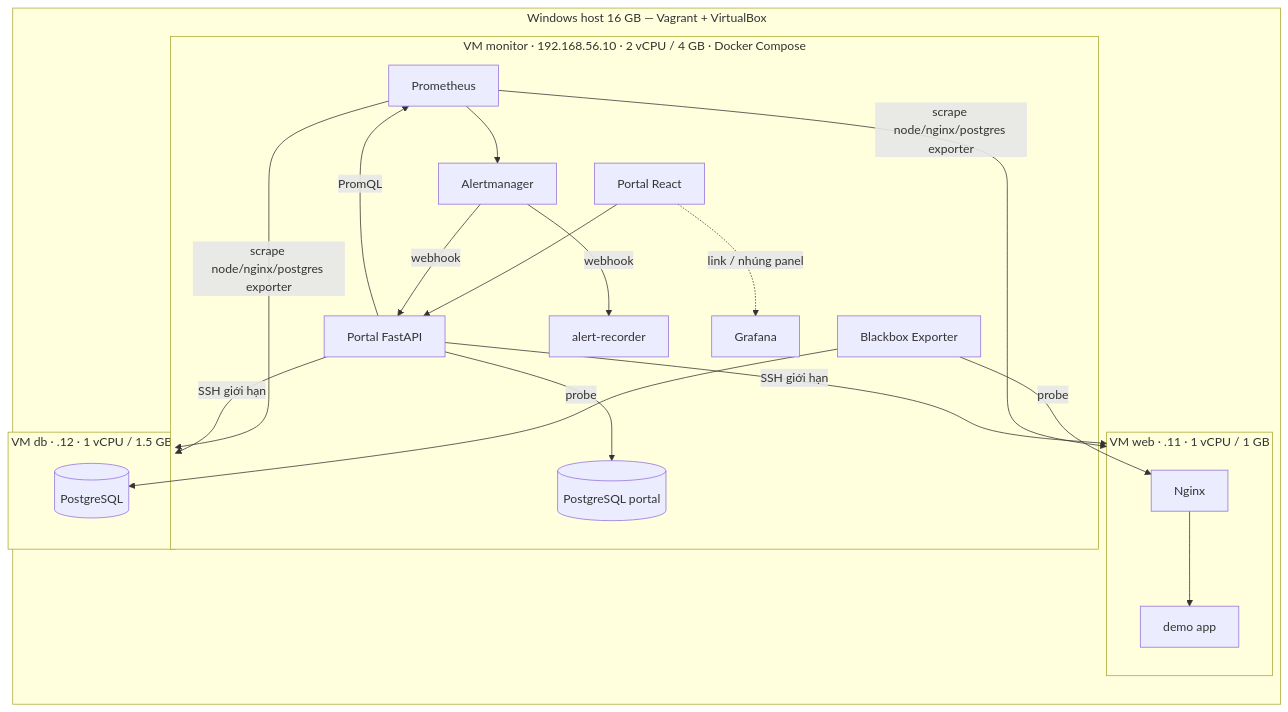
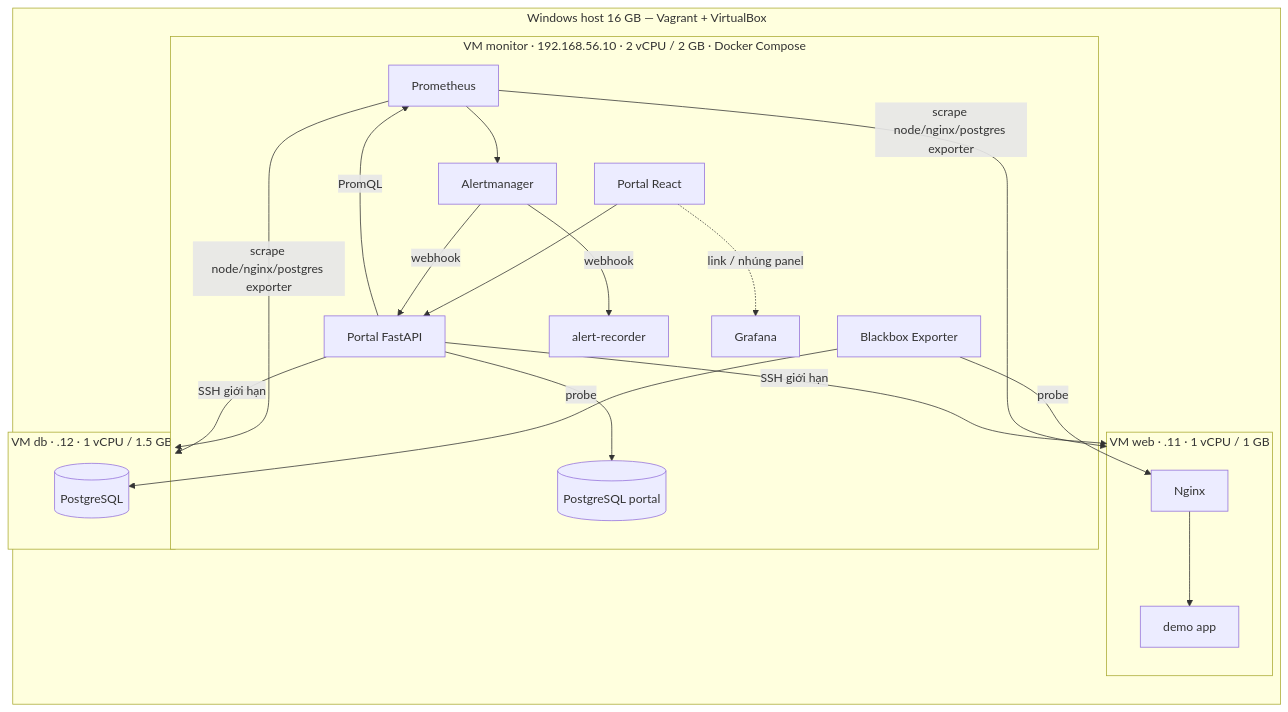
The diagram in README.md (DT0712/uth-n47-observability), drawn with Mermaid before and after one commit. The commit also changed 14 other files, not shown here.

````diff
--- a/README.md
+++ b/README.md
@@ -20,24 +20,24 @@
 ```mermaid
 flowchart LR
   subgraph Host["Windows host 16 GB — Vagrant + VirtualBox"]
-    subgraph MON["VM monitor · 192.168.56.10 · 2 vCPU / 4 GB · Docker Compose"]
+    subgraph MON["VM monitor · 192.168.56.10 · 2 vCPU / 2 GB · Docker Compose"]
       P[Prometheus] --> AM[Alertmanager]
       G[Grafana]
       BB[Blackbox Exporter]
       FE[Portal React] --> BE[Portal FastAPI] --> PDB[(PostgreSQL portal)]
       REC[alert-recorder]
     end
     subgraph WEB["VM web · .11 · 1 vCPU / 1 GB"]
       NG[Nginx] --> APP[demo app]
     end
     subgraph DB["VM db · .12 · 1 vCPU / 1.5 GB"]
       PG[(PostgreSQL)]
     end
   end
   P -- scrape node/nginx/postgres exporter --> WEB & DB
   BB -- probe --> NG & PG
   AM -- webhook --> BE & REC
   BE -- PromQL --> P
   BE -- SSH giới hạn --> WEB & DB
   FE -. link / nhúng panel .-> G
 ```
````
